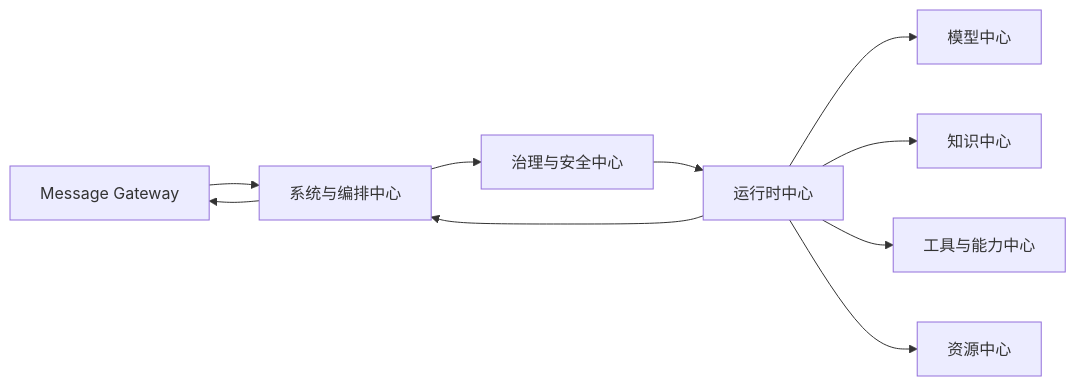
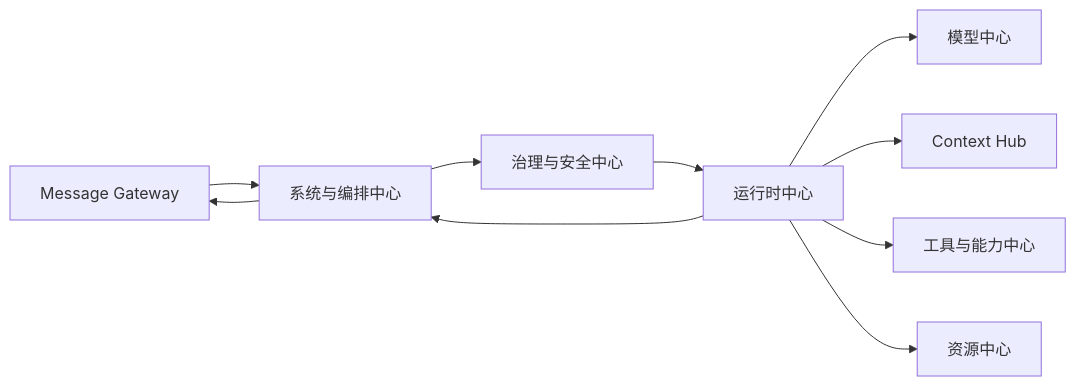
Before and after one commit to Quarkfan/QuarkFanTools: the first of 4 diagrams in docs/platform-reference-matrix.md, drawn with Mermaid. The commit also changed other lines of this file and 9 other files, not shown here.

Commit message:
docs: define context hub architecture

````diff
--- a/docs/platform-reference-matrix.md
+++ b/docs/platform-reference-matrix.md
@@ -845,12 +859,12 @@
 ```mermaid
 flowchart LR
     A[Message Gateway] --> B[系统与编排中心]
     B --> C[治理与安全中心]
     C --> D[运行时中心]
     D --> E[模型中心]
-    D --> F[知识中心]
+    D --> F[Context Hub]
     D --> G[工具与能力中心]
     D --> H[资源中心]
     D --> B
     B --> A
 ```
````
